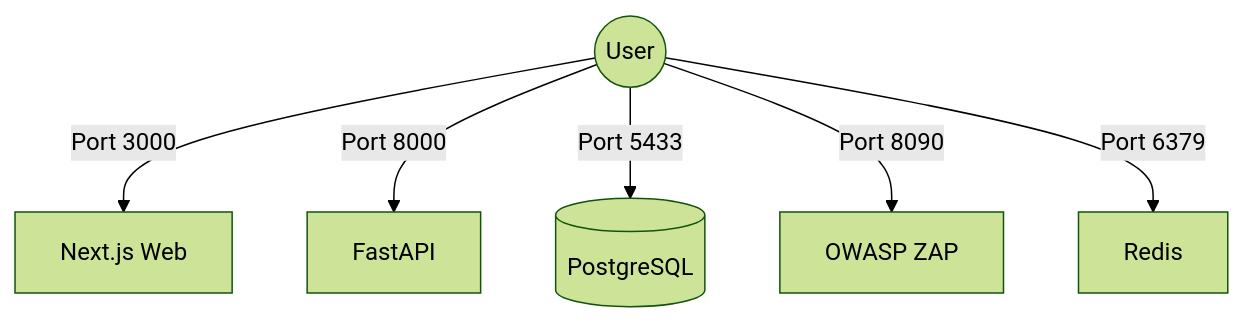
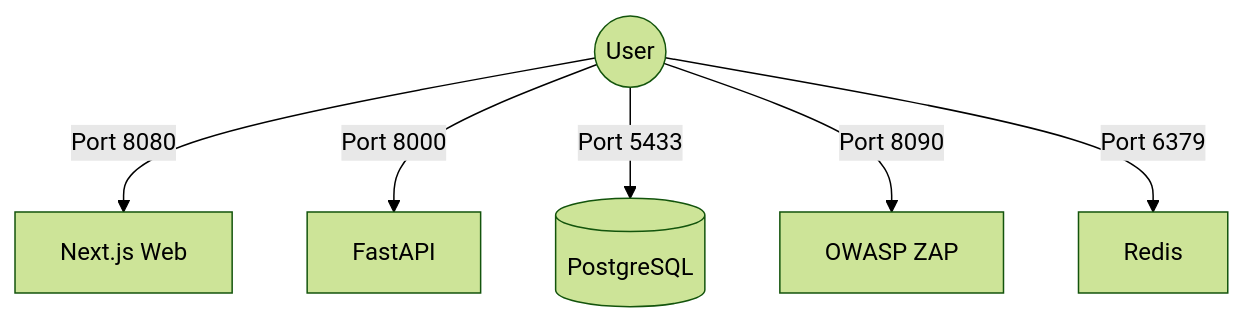
One commit to Ayoub-2/Velox changed the first of 2 diagrams in project-docs/architecture/backend_isolation_proposal.md. Above: the diagram before and after it, drawn with Mermaid (forest theme). The commit also changed other lines of this file and 18 other files, not shown here.

````diff
--- a/project-docs/architecture/backend_isolation_proposal.md
+++ b/project-docs/architecture/backend_isolation_proposal.md
@@ -9,8 +9,8 @@
 ```mermaid
 graph TD;
-    User((User)) -->|Port 3000| Web[Next.js Web];
+    User((User)) -->|Port 8080| Web[Next.js Web];
     User -->|Port 8000| API[FastAPI];
     User -->|Port 5433| DB[(PostgreSQL)];
     User -->|Port 8090| ZAP[OWASP ZAP];
     User -->|Port 6379| Redis[Redis];
 ```
````
